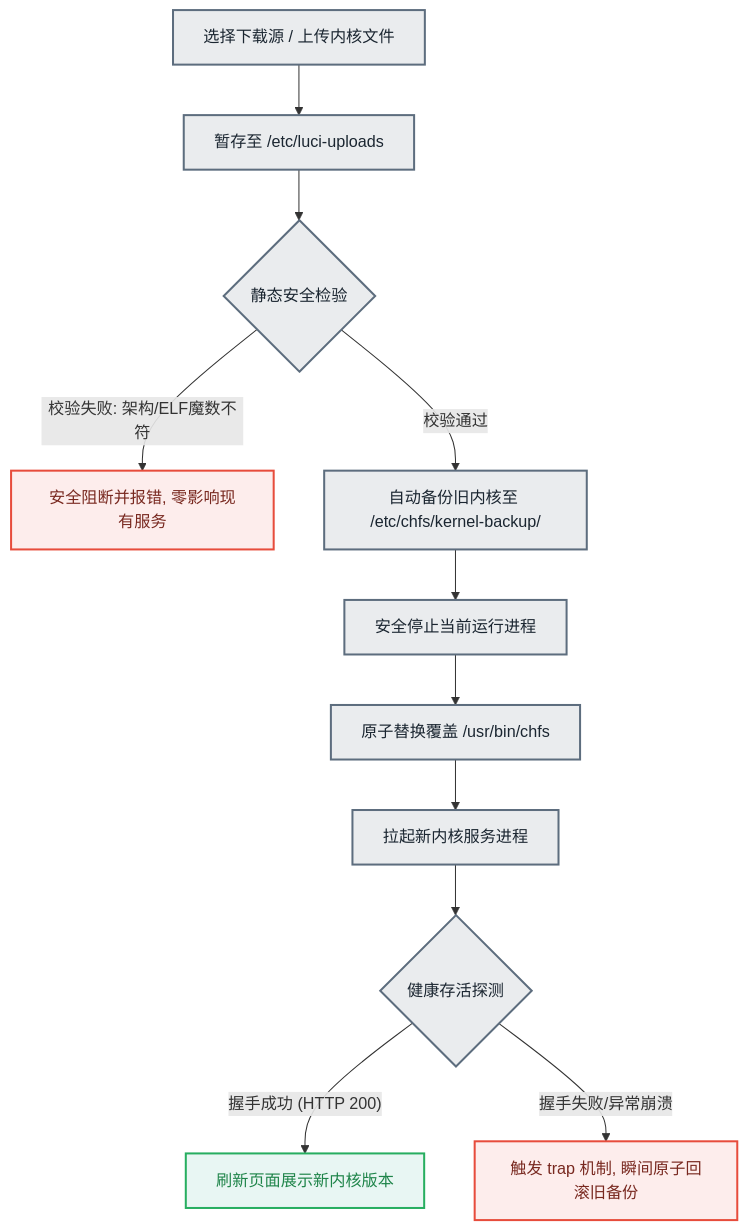
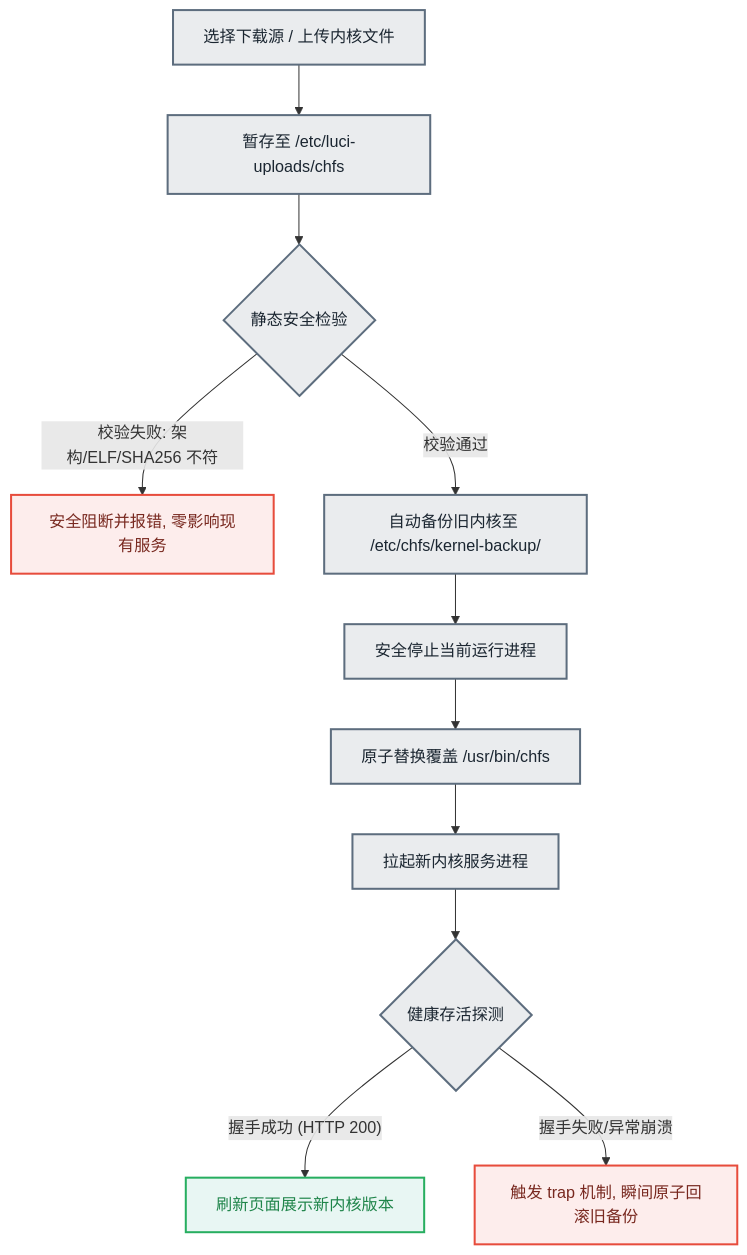
Before and after one commit to LianXia233/luci-app-chfs: the diagram in README.md, drawn with Mermaid. The commit also changed other lines of this file and 22 other files, not shown here.

````diff
--- a/README.md
+++ b/README.md
@@ -157,21 +165,21 @@
 ```mermaid
 graph TD
-    A[选择下载源 / 上传内核文件] --> B[暂存至 /etc/luci-uploads]
+    A[选择下载源 / 上传内核文件] --> B[暂存至 /etc/luci-uploads/chfs]
     B --> C{静态安全检验}
-    C -- 校验失败: 架构/ELF魔数不符 --> D[安全阻断并报错, 零影响现有服务]
+    C -- 校验失败: 架构/ELF/SHA256 不符 --> D[安全阻断并报错, 零影响现有服务]
     C -- 校验通过 --> E[自动备份旧内核至 /etc/chfs/kernel-backup/]
     E --> F[安全停止当前运行进程]
     F --> G[原子替换覆盖 /usr/bin/chfs]
     G --> H[拉起新内核服务进程]
     H --> I{健康存活探测}
     I -- 握手成功 (HTTP 200) --> J[刷新页面展示新内核版本]
     I -- 握手失败/异常崩溃 --> K[触发 trap 机制, 瞬间原子回滚旧备份]
 
     classDef ok fill:#E8F6F3,stroke:#27AE60,stroke-width:2px,color:#1E8449;
     classDef err fill:#FDEDEC,stroke:#E74C3C,stroke-width:2px,color:#78281F;
     classDef step fill:#EAECEE,stroke:#5D6D7E,stroke-width:2px,color:#1B2631;
 
     class J ok;
     class D,K err;
     class A,B,C,E,F,G,H,I step;
 ```
````
